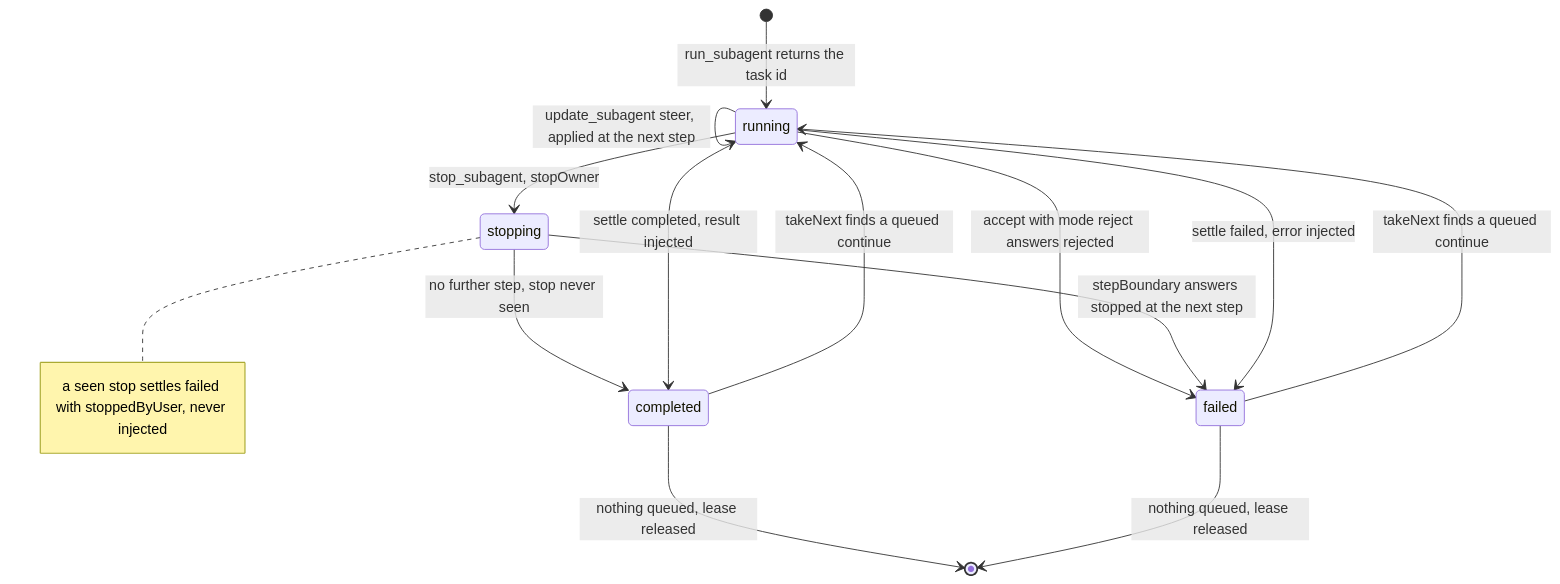
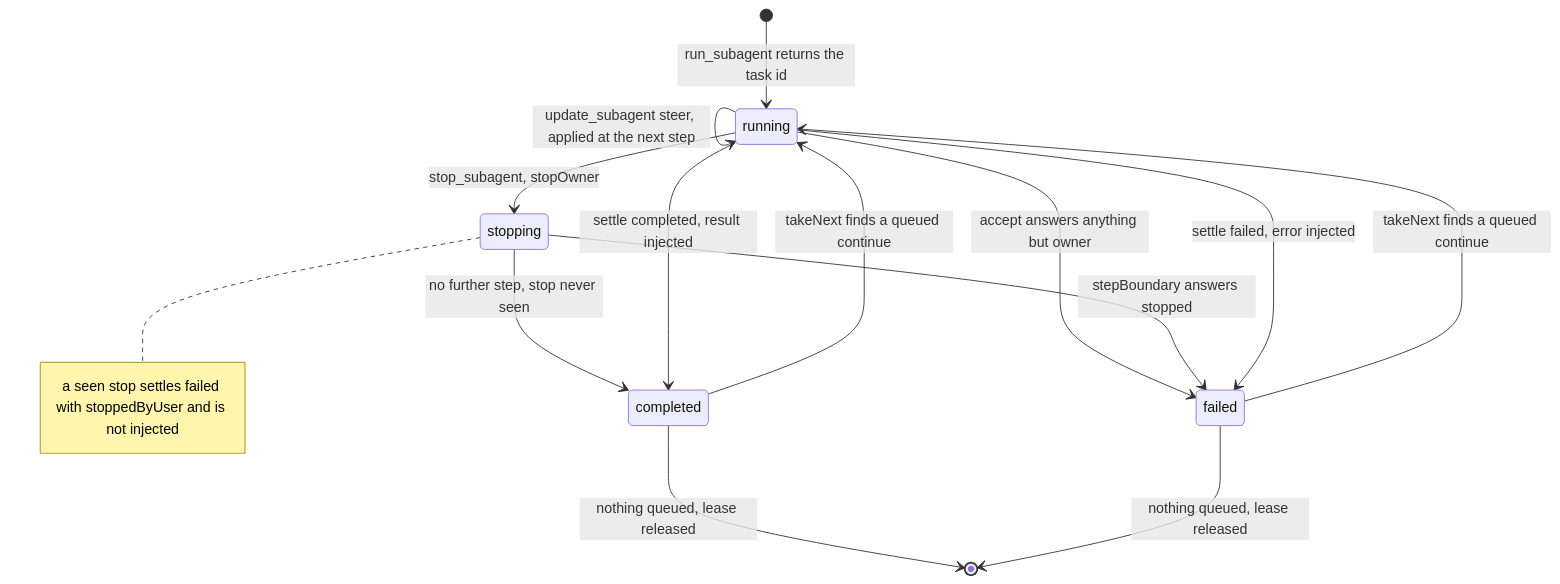
The fourth of 7 diagrams in apps/docs/docs/internals/subagents.md (beeblastco/broods), drawn with Mermaid before and after one commit. The commit also changed other lines of this file and 13 other files, not shown here.

First line of the commit message:
docs(internals): diagram-first rewrite of the remaining internals pages

````diff
--- a/apps/docs/docs/internals/subagents.md
+++ b/apps/docs/docs/internals/subagents.md
@@ -69,16 +107,16 @@
 ```mermaid
 stateDiagram-v2
   [*] --> running: run_subagent returns the task id
-  running --> failed: accept with mode reject answers rejected
+  running --> failed: accept answers anything but owner
   running --> running: update_subagent steer, applied at the next step
   running --> stopping: stop_subagent, stopOwner
-  stopping --> failed: stepBoundary answers stopped at the next step
+  stopping --> failed: stepBoundary answers stopped
   stopping --> completed: no further step, stop never seen
   running --> completed: settle completed, result injected
   running --> failed: settle failed, error injected
   completed --> running: takeNext finds a queued continue
   failed --> running: takeNext finds a queued continue
   completed --> [*]: nothing queued, lease released
   failed --> [*]: nothing queued, lease released
-  note right of stopping: a seen stop settles failed with stoppedByUser, never injected
+  note right of stopping: a seen stop settles failed with stoppedByUser and is not injected
 ```
````
